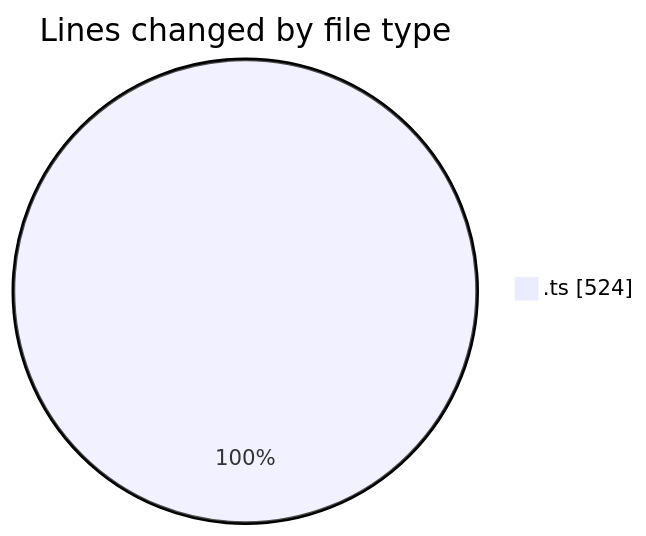
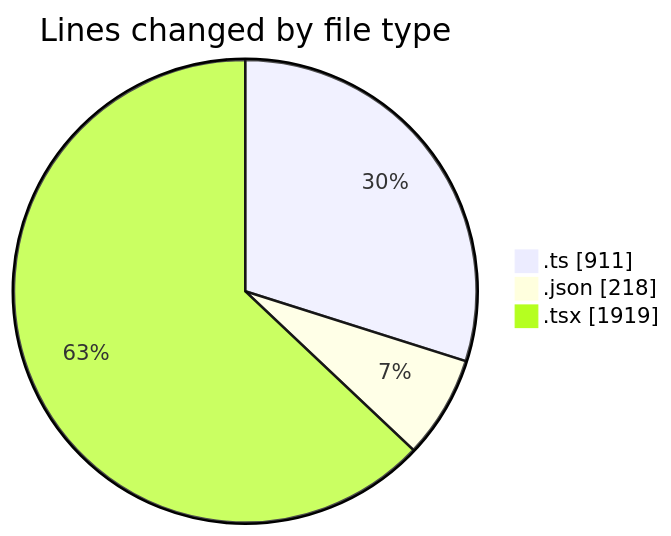
The first of 2 diagrams in 2026-03-16/nxtqube_webapp/README.md (nxtqubesakshisongat/code-tracking), drawn with Mermaid before and after one commit. The commit also changed other lines of this file and 1 other file, not shown here.

````diff
--- a/2026-03-16/nxtqube_webapp/README.md
+++ b/2026-03-16/nxtqube_webapp/README.md
@@ -20,5 +25,7 @@
 ```mermaid
 pie showData
 title Lines changed by file type
-".ts" : 524
+".ts" : 911
+".json" : 218
+".tsx" : 1919
 ```
````
